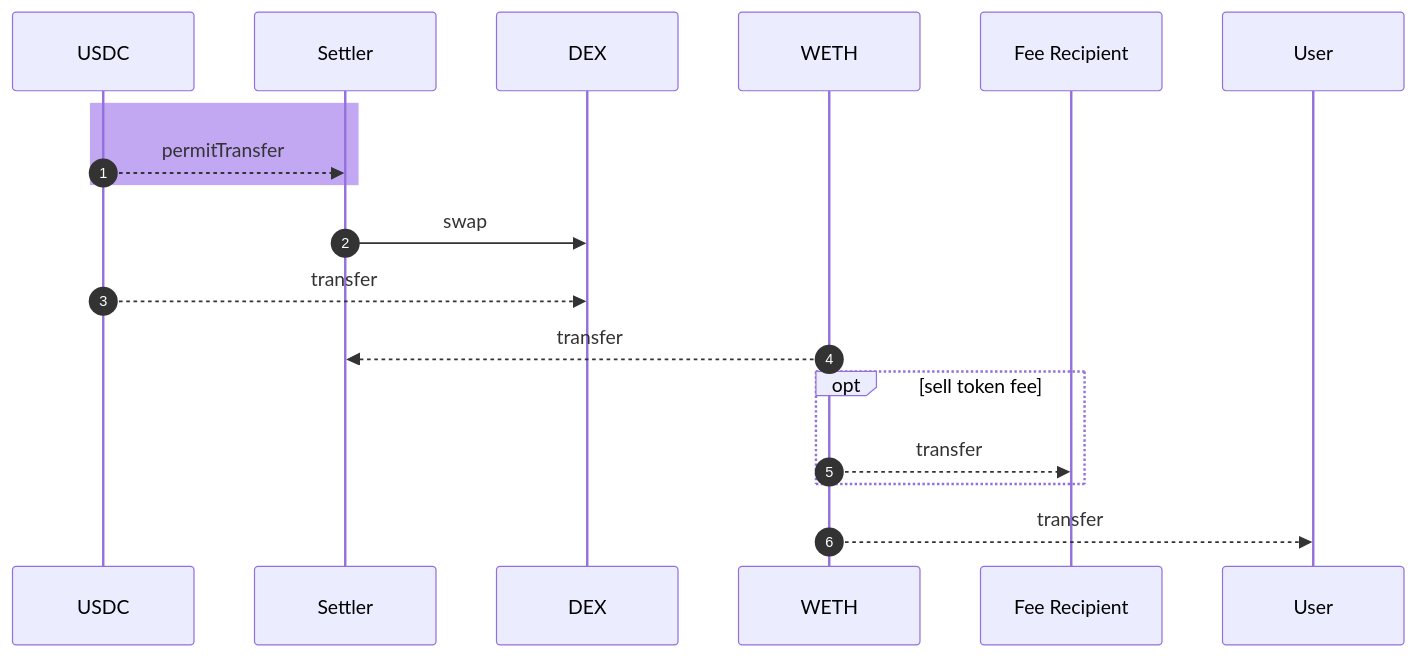
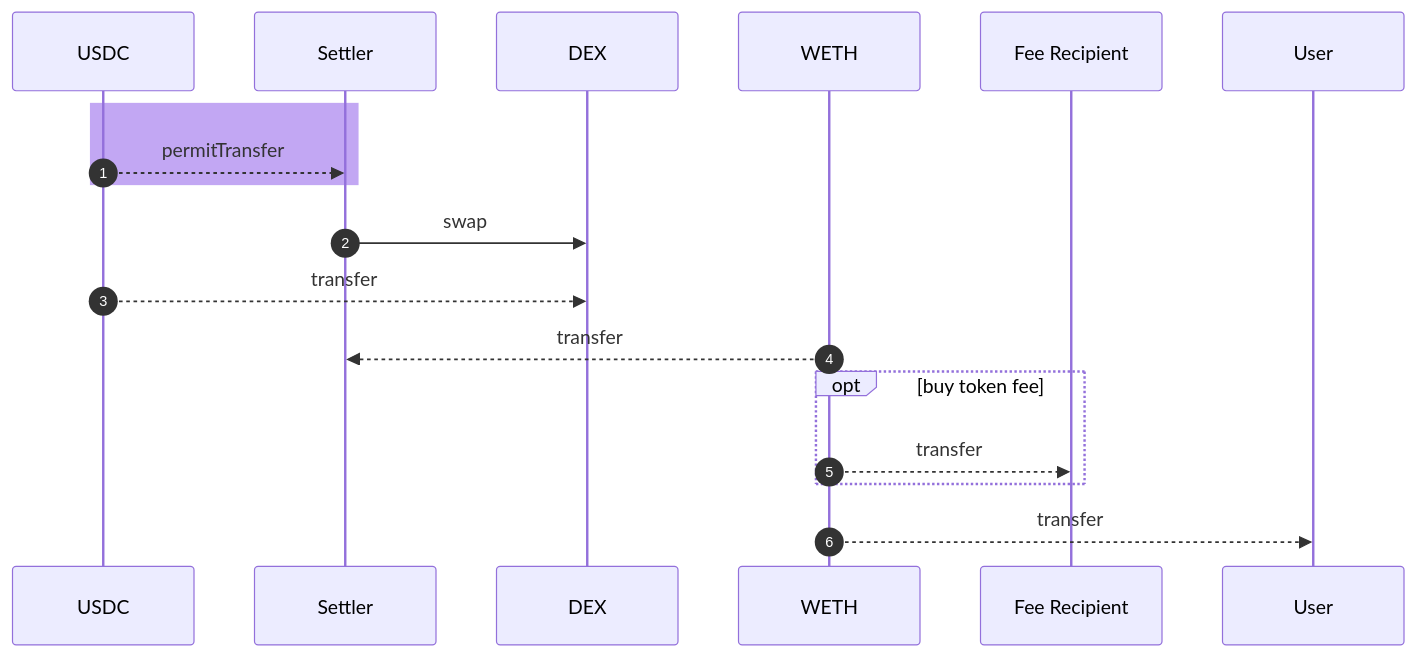
One commit to 0xProject/0x-settler changed the eighth of 11 diagrams in README.md. Above: the diagram before and after it, drawn with Mermaid.

Commit message:
fix fee desc

````diff
--- a/README.md
+++ b/README.md
@@ -407,14 +407,14 @@
 ```mermaid
 sequenceDiagram
     autonumber
     rect rgba(133, 81, 231, 0.5)
         USDC-->>Settler: permitTransfer
     end
     Settler->>DEX: swap
     USDC-->>DEX: transfer
     WETH-->>Settler: transfer
-    opt sell token fee
+    opt buy token fee
         WETH-->>Fee Recipient: transfer
     end
     WETH-->>User: transfer
 ```
````
